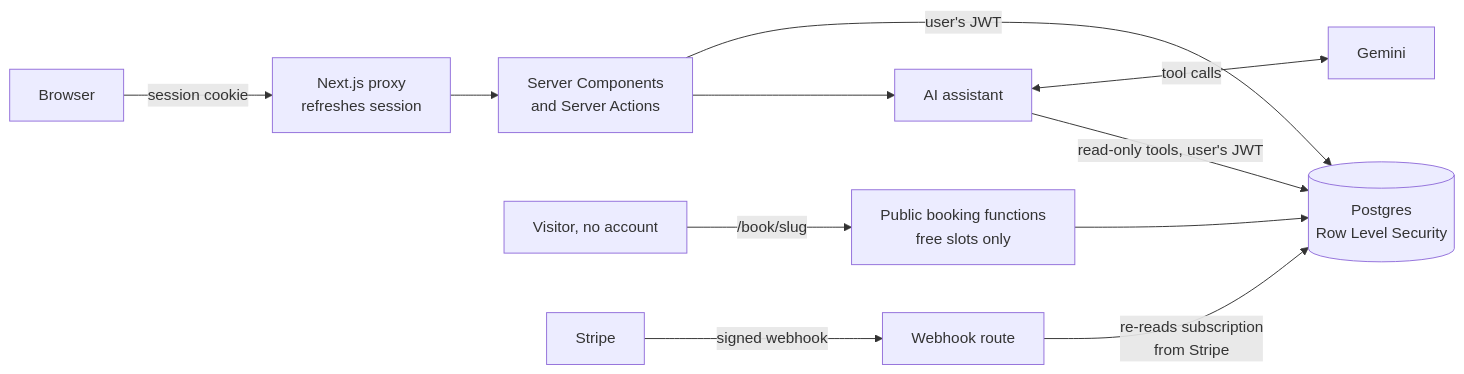
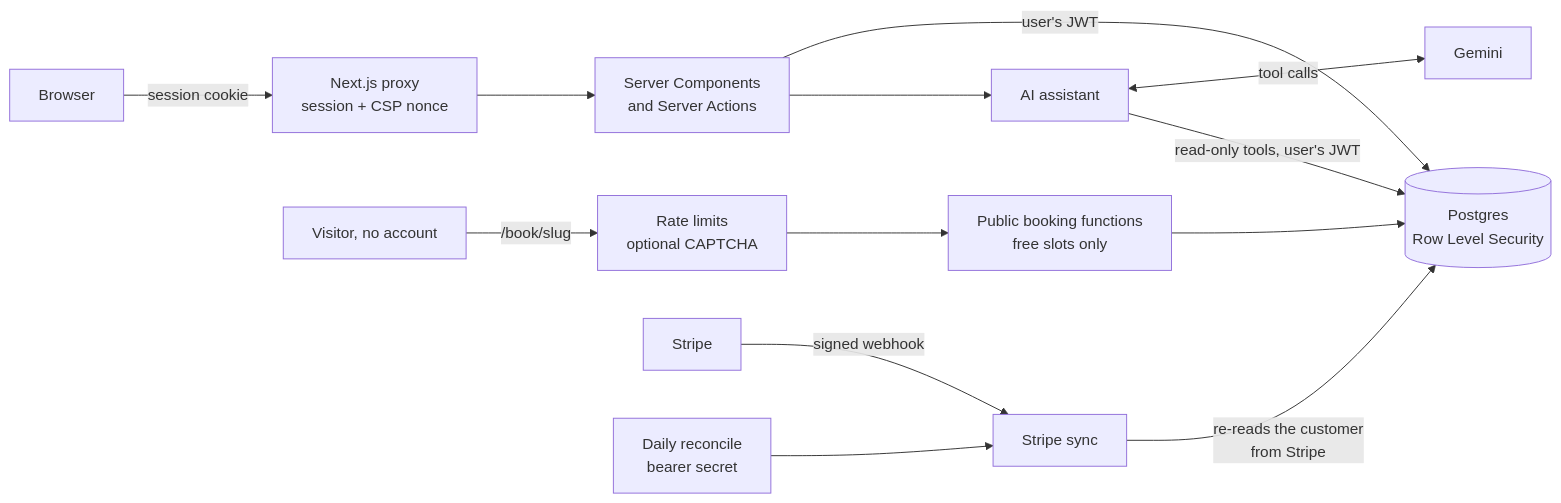
One commit to kaamikazi/Multi-tenant-B changed the diagram in README.md. Above: the diagram before and after it, drawn with Mermaid. The commit also changed other lines of this file and 72 other files, not shown here.

````diff
--- a/README.md
+++ b/README.md
@@ -37,13 +37,15 @@
 ```mermaid
 flowchart LR
-    B[Browser] -->|session cookie| P[Next.js proxy<br/>refreshes session]
+    B[Browser] -->|session cookie| P[Next.js proxy<br/>session + CSP nonce]
     P --> S[Server Components<br/>and Server Actions]
     S -->|user's JWT| DB[(Postgres<br/>Row Level Security)]
-    V[Visitor, no account] -->|/book/slug| RPC[Public booking functions<br/>free slots only]
+    V[Visitor, no account] -->|/book/slug| RL[Rate limits<br/>optional CAPTCHA]
+    RL --> RPC[Public booking functions<br/>free slots only]
     RPC --> DB
     S --> AI[AI assistant]
     AI <-->|tool calls| G[Gemini]
     AI -->|read-only tools, user's JWT| DB
-    ST[Stripe] -->|signed webhook| W[Webhook route]
-    W -->|re-reads subscription<br/>from Stripe| DB
+    ST[Stripe] -->|signed webhook| W[Stripe sync]
+    CR[Daily reconcile<br/>bearer secret] --> W
+    W -->|re-reads the customer<br/>from Stripe| DB
 ```
````
